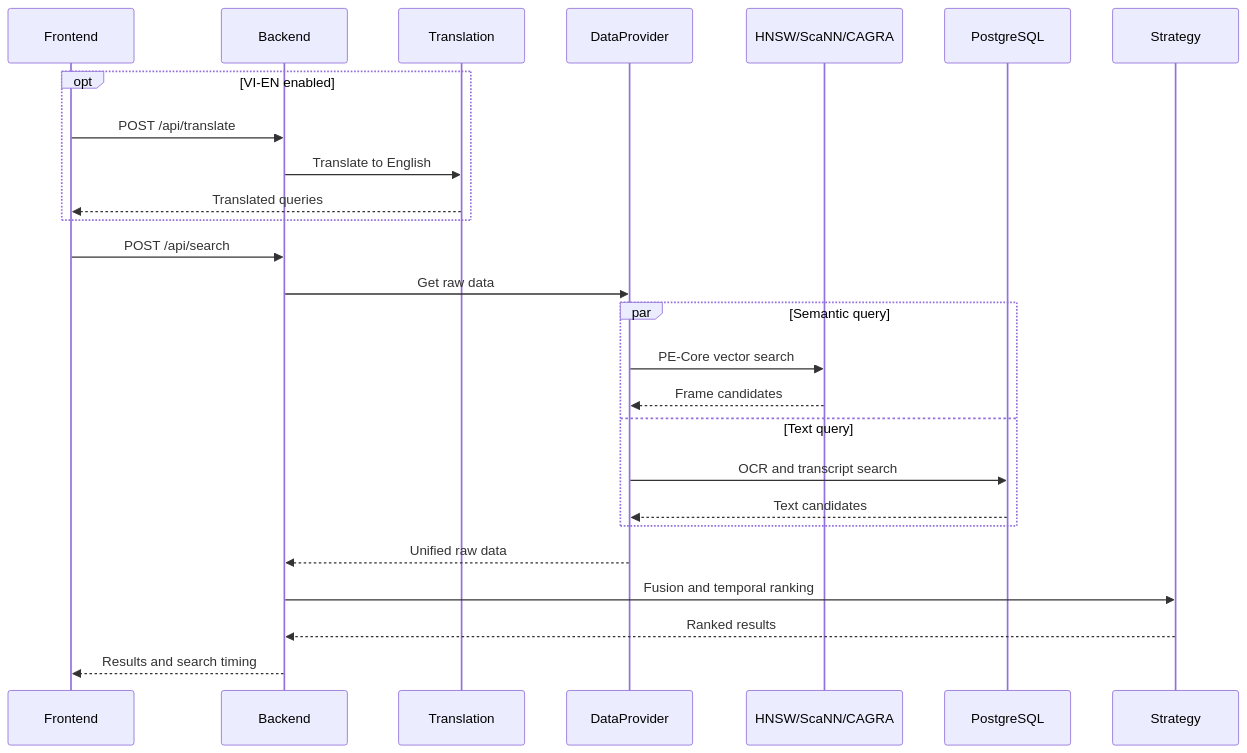
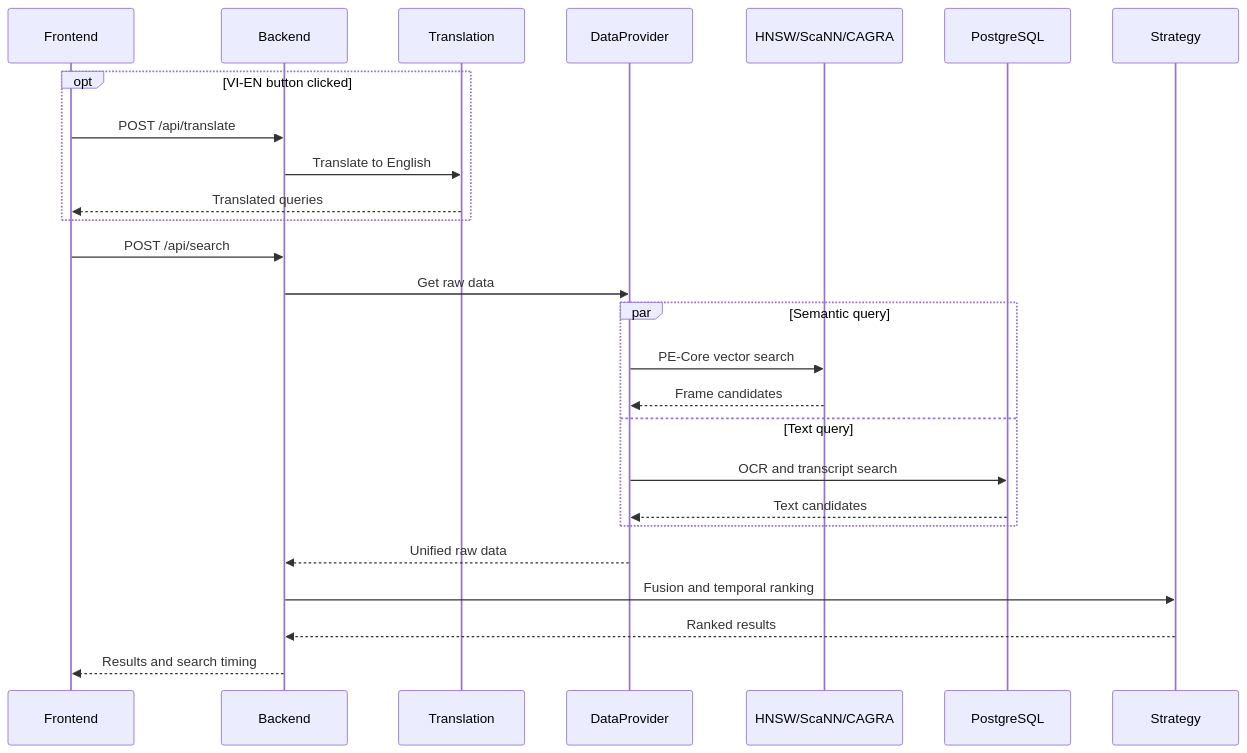
One commit to vtphatt2/AIC-HCMC-2026 changed the second of 2 diagrams in docs/architecture.md. Above: the diagram before and after it, drawn with Mermaid. The commit also changed other lines of this file and 62 other files, not shown here.

````diff
--- a/docs/architecture.md
+++ b/docs/architecture.md
@@ -62,30 +61,30 @@
 ```mermaid
 sequenceDiagram
     participant UI as Frontend
     participant API as Backend
     participant TR as Translation
     participant DP as DataProvider
     participant VS as HNSW/ScaNN/CAGRA
     participant DB as PostgreSQL
     participant ST as Strategy
 
-    opt VI-EN enabled
+    opt VI-EN button clicked
         UI->>API: POST /api/translate
         API->>TR: Translate to English
         TR-->>UI: Translated queries
     end
 
     UI->>API: POST /api/search
     API->>DP: Get raw data
     par Semantic query
         DP->>VS: PE-Core vector search
         VS-->>DP: Frame candidates
     and Text query
         DP->>DB: OCR and transcript search
         DB-->>DP: Text candidates
     end
     DP-->>API: Unified raw data
     API->>ST: Fusion and temporal ranking
     ST-->>API: Ranked results
     API-->>UI: Results and search timing
 ```
````
